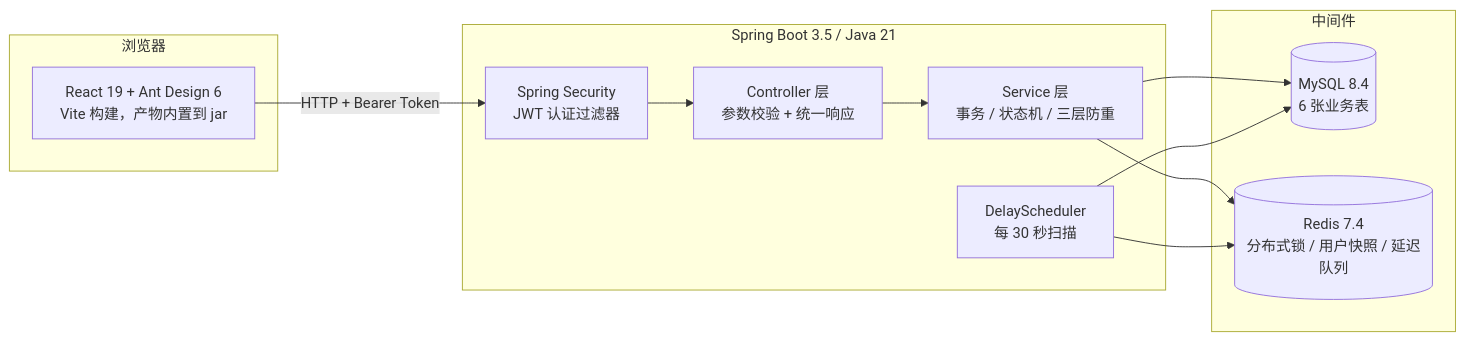
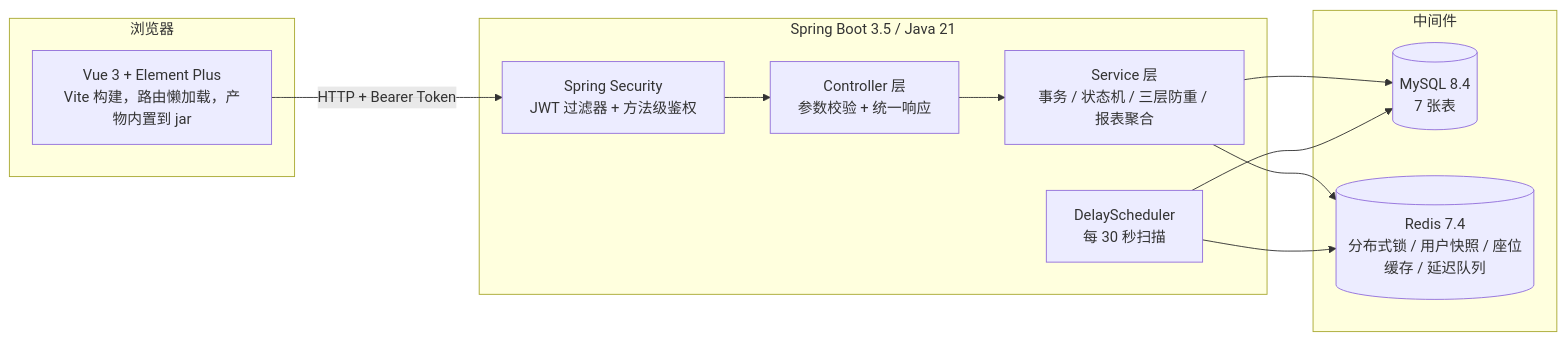
Before and after one commit to Pastik233/seat-reserve: the first of 3 diagrams in README.md, drawn with Mermaid. The commit also changed other lines of this file and 2 other files, not shown here.

Commit message:
docs: 更新 README 到 Vue 3 与 admin 功能，统一 LICENSE 署名

````diff
--- a/README.md
+++ b/README.md
@@ -119,25 +134,25 @@
 ```mermaid
 flowchart LR
     subgraph Browser["浏览器"]
-        UI["React 19 + Ant Design 6<br/>Vite 构建，产物内置到 jar"]
+        UI["Vue 3 + Element Plus<br/>Vite 构建，路由懒加载，产物内置到 jar"]
     end
 
     subgraph App["Spring Boot 3.5 / Java 21"]
-        SEC["Spring Security<br/>JWT 认证过滤器"]
+        SEC["Spring Security<br/>JWT 过滤器 + 方法级鉴权"]
         WEB["Controller 层<br/>参数校验 + 统一响应"]
-        SVC["Service 层<br/>事务 / 状态机 / 三层防重"]
+        SVC["Service 层<br/>事务 / 状态机 / 三层防重 / 报表聚合"]
         JOB["DelayScheduler<br/>每 30 秒扫描"]
         SEC --> WEB --> SVC
     end
 
     subgraph Infra["中间件"]
-        MYSQL[("MySQL 8.4<br/>6 张业务表")]
-        REDIS[("Redis 7.4<br/>分布式锁 / 用户快照 / 延迟队列")]
+        MYSQL[("MySQL 8.4<br/>7 张表")]
+        REDIS[("Redis 7.4<br/>分布式锁 / 用户快照 / 座位缓存 / 延迟队列")]
     end
 
     UI -->|"HTTP + Bearer Token"| SEC
     SVC --> MYSQL
     SVC --> REDIS
     JOB --> REDIS
     JOB --> MYSQL
 ```
````
